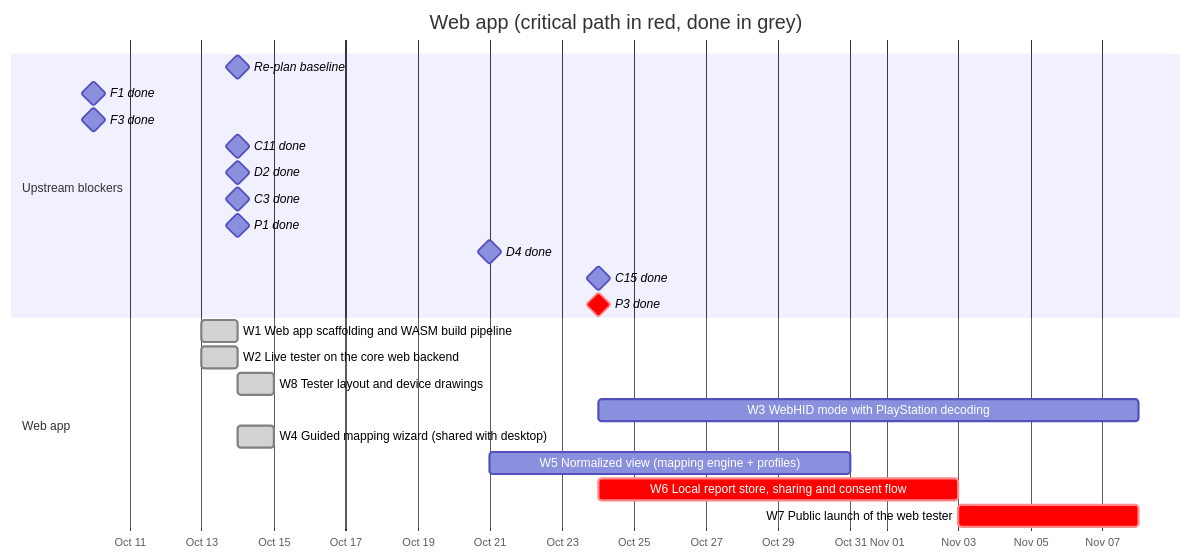
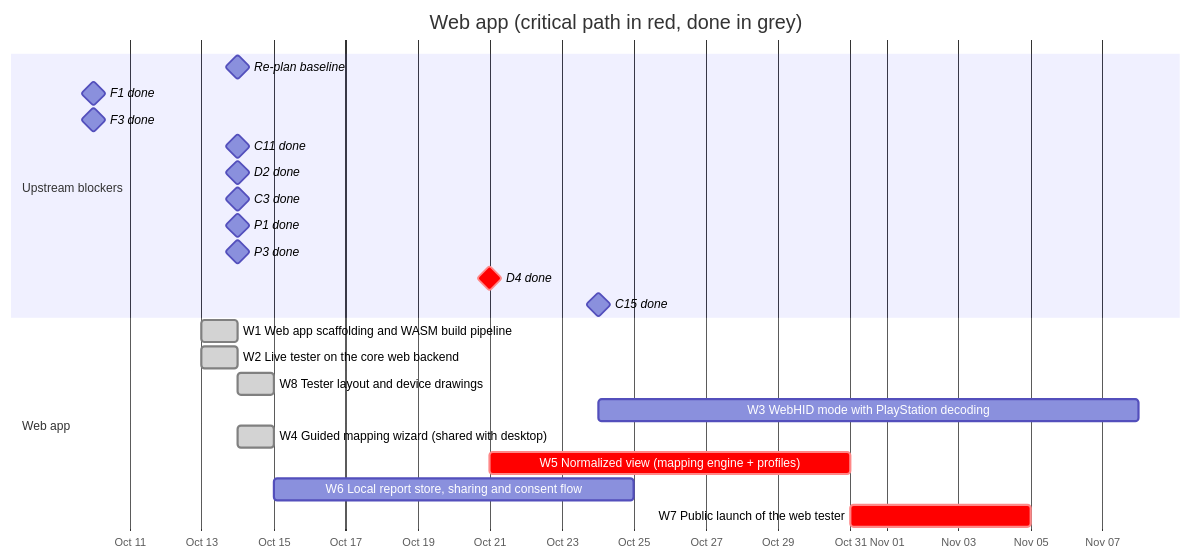
The diagram in ROADMAP/2026-10-14/04-web-app.md (anygamepad/anygamepad.github.io), drawn with Mermaid before and after one commit. The commit also changed other lines of this file and 19 other files, not shown here.

````diff
--- a/ROADMAP/2026-10-14/04-web-app.md
+++ b/ROADMAP/2026-10-14/04-web-app.md
@@ -21,26 +21,26 @@
 ```mermaid
 gantt
     dateFormat YYYY-MM-DD
     axisFormat %b %d
     title Web app (critical path in red, done in grey)
     section Upstream blockers
     Re-plan baseline :milestone, t0, 2026-10-14, 0d
     F1 done :milestone, f1, 2026-10-10, 0d
     F3 done :milestone, f3, 2026-10-10, 0d
     C11 done :milestone, c11, 2026-10-14, 0d
     D2 done :milestone, d2, 2026-10-14, 0d
     C3 done :milestone, c3, 2026-10-14, 0d
     P1 done :milestone, p1, 2026-10-14, 0d
-    D4 done :milestone, d4, 2026-10-21, 0d
+    P3 done :milestone, p3, 2026-10-14, 0d
+    D4 done :milestone, crit, d4, 2026-10-21, 0d
     C15 done :milestone, c15, 2026-10-24, 0d
-    P3 done :milestone, crit, p3, 2026-10-24, 0d
     section Web app
     W1 Web app scaffolding and WASM build pipeline :done, w1, 2026-10-13, 1d
     W2 Live tester on the core web backend :done, w2, 2026-10-13, 1d
     W8 Tester layout and device drawings :done, w8, 2026-10-14, 1d
     W3 WebHID mode with PlayStation decoding :w3, after w2 c15 w8, 15d
     W4 Guided mapping wizard (shared with desktop) :done, w4, 2026-10-14, 1d
-    W5 Normalized view (mapping engine + profiles) :w5, after w2 c3 d2 d4, 10d
-    W6 Local report store, sharing and consent flow :crit, w6, after w4 p1 p3, 10d
+    W5 Normalized view (mapping engine + profiles) :crit, w5, after w2 c3 d2 d4, 10d
+    W6 Local report store, sharing and consent flow :w6, after w4 p1 p3, 10d
     W7 Public launch of the web tester :crit, w7, after w5 w6, 5d
 ```
````
